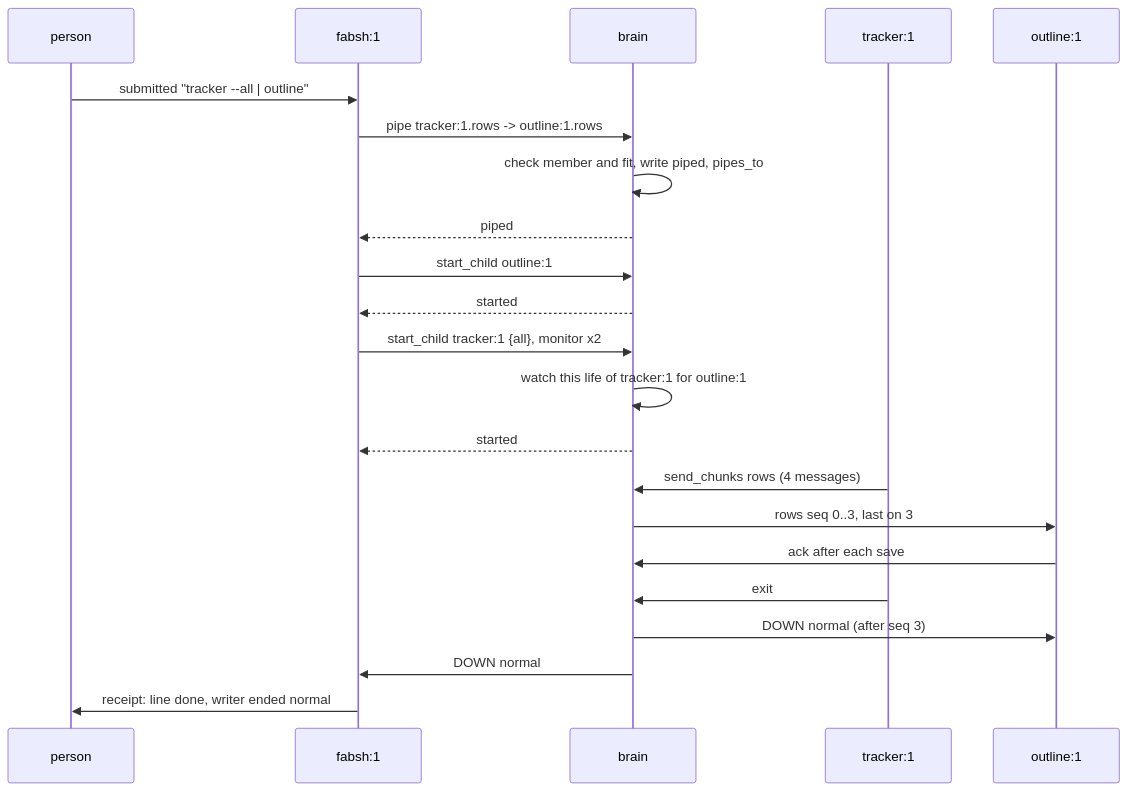
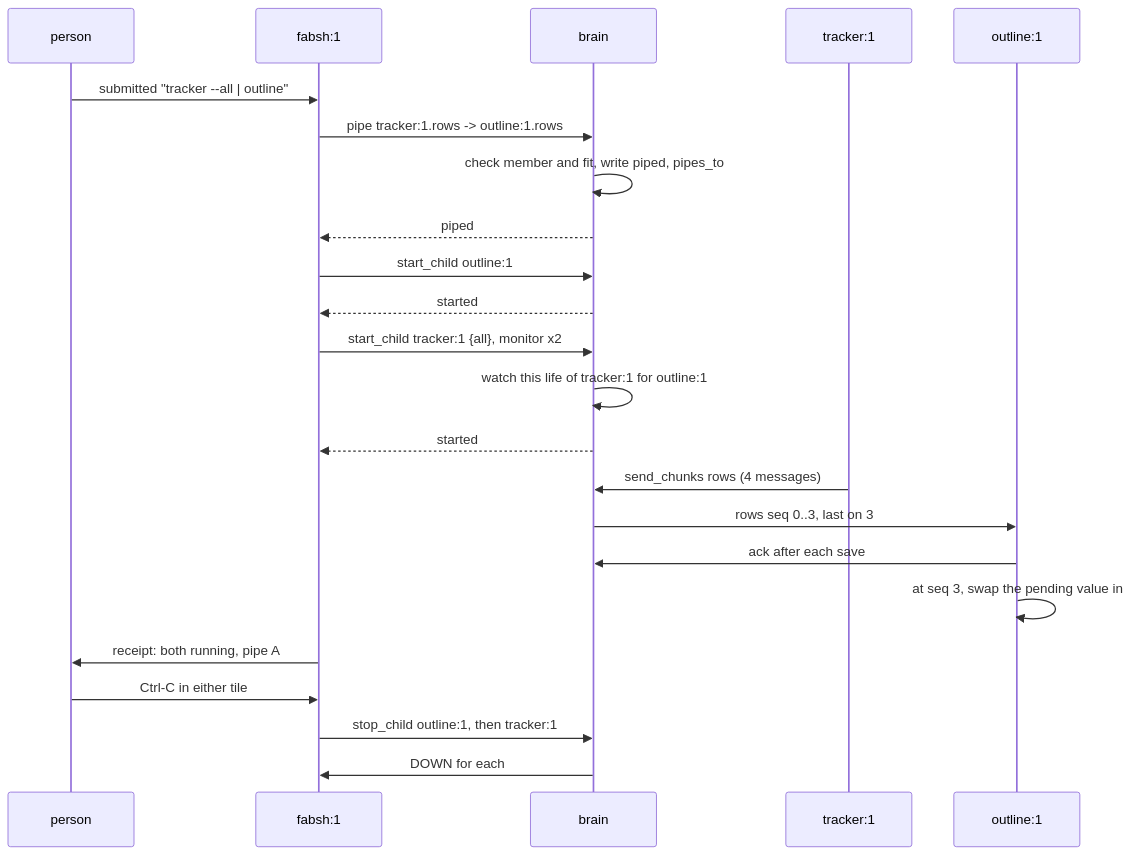
Before and after one commit to kamp-us/tea-fabrika: the diagram in docs/direction/how-a-pipe-carries-output.md, drawn with Mermaid. The commit also changed other lines of this file, not shown here.

Commit message:
The pipes note swaps a piped value in only once it is whole, says why an ended source needs no new screen rule, and keeps one open question: how a small program with no window shows in a line

````diff
--- a/docs/direction/how-a-pipe-carries-output.md
+++ b/docs/direction/how-a-pipe-carries-output.md
@@ -533,24 +576,25 @@
 ```mermaid
 sequenceDiagram
   participant P as person
   participant F as fabsh:1
   participant B as brain
   participant T as tracker:1
   participant O as outline:1
   P->>F: submitted "tracker --all | outline"
   F->>B: pipe tracker:1.rows -> outline:1.rows
   B->>B: check member and fit, write piped, pipes_to
   B-->>F: piped
   F->>B: start_child outline:1
   B-->>F: started
   F->>B: start_child tracker:1 {all}, monitor x2
   B->>B: watch this life of tracker:1 for outline:1
   B-->>F: started
   T->>B: send_chunks rows (4 messages)
   B->>O: rows seq 0..3, last on 3
   O->>B: ack after each save
-  T->>B: exit
-  B->>O: DOWN normal (after seq 3)
-  B->>F: DOWN normal
-  F->>P: receipt: line done, writer ended normal
+  O->>O: at seq 3, swap the pending value in
+  F->>P: receipt: both running, pipe A
+  P->>F: Ctrl-C in either tile
+  F->>B: stop_child outline:1, then tracker:1
+  B->>F: DOWN for each
 ```
````
